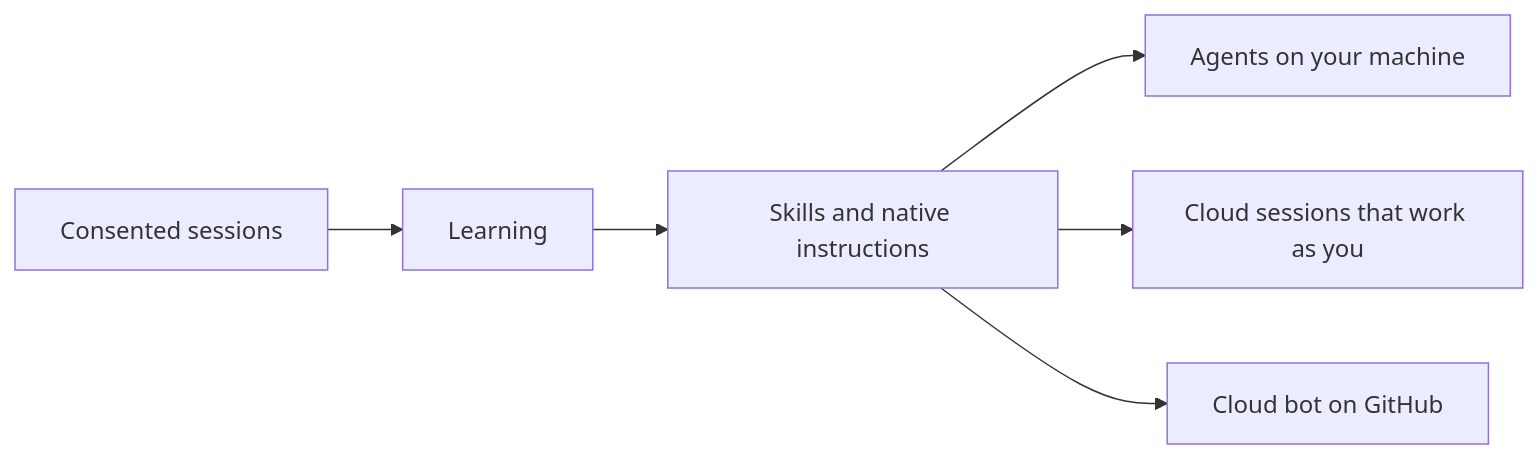
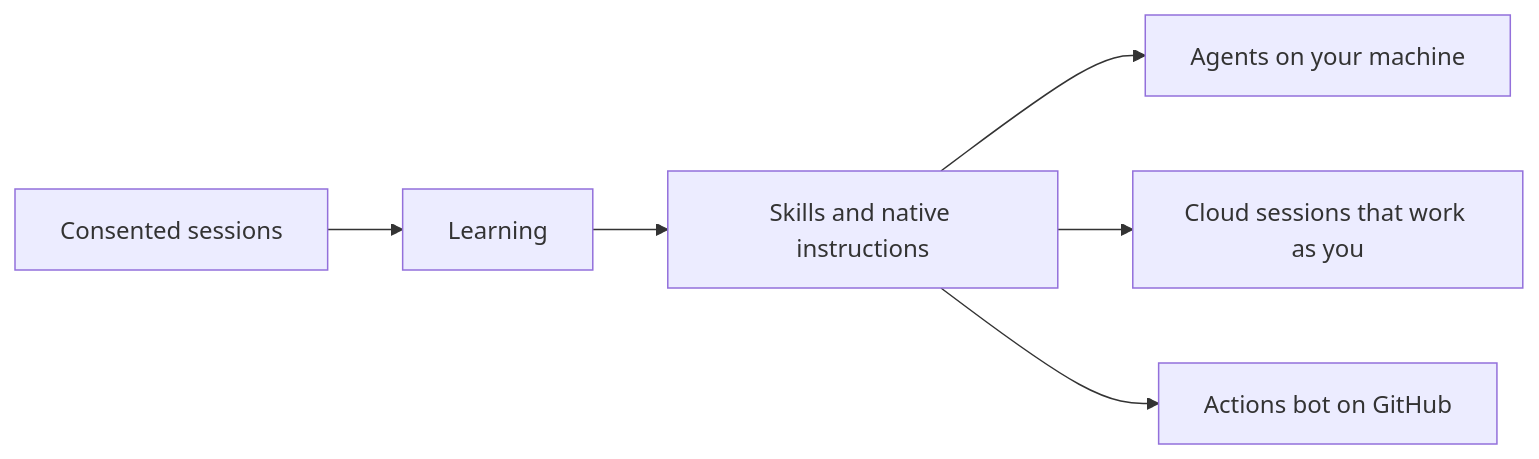
Before and after one commit to theonly1me/shadowclone: the diagram in README.md, drawn with Mermaid. The commit also changed other lines of this file and 94 other files, not shown here.

First line of the commit message:
refactor: call the cloud bot the actions bot (#244)

````diff
--- a/README.md
+++ b/README.md
@@ -127,8 +127,8 @@
 ```mermaid
 flowchart LR
   A[Consented sessions] --> B[Learning]
   B --> C[Skills and native instructions]
   C --> D[Agents on your machine]
   C --> E[Cloud sessions that work as you]
-  C --> F[Cloud bot on GitHub]
+  C --> F[Actions bot on GitHub]
 ```
````
